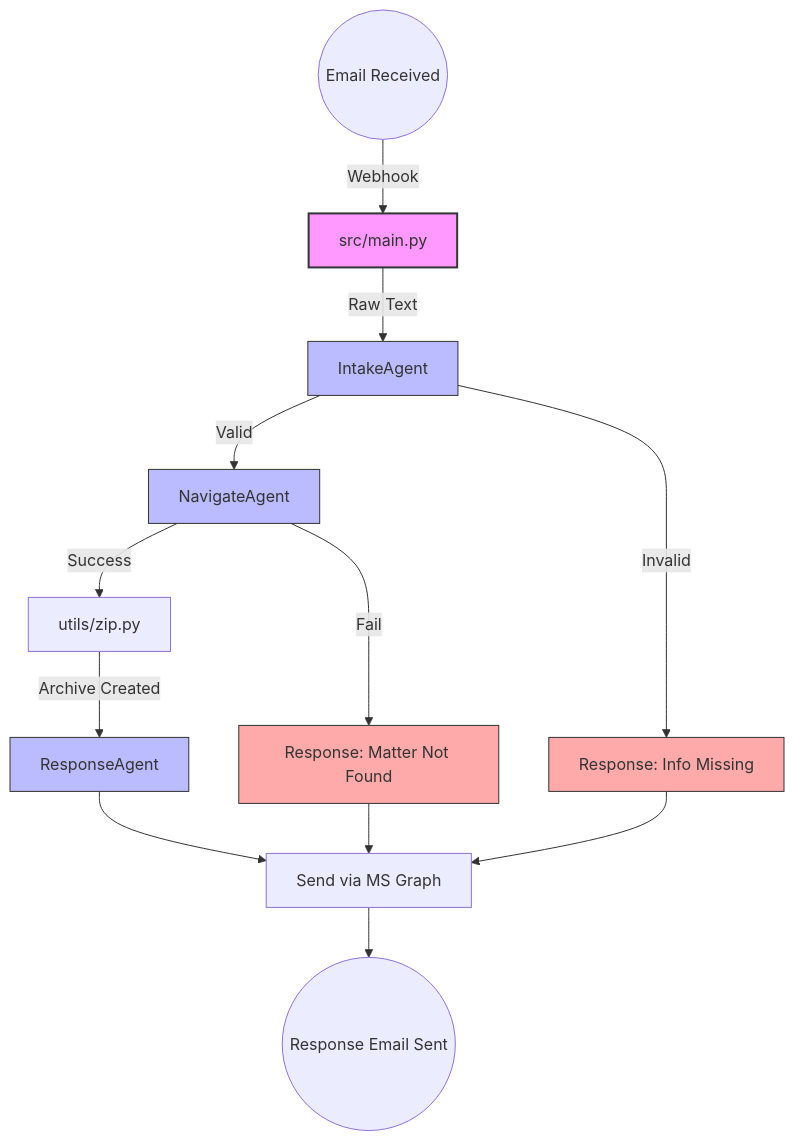
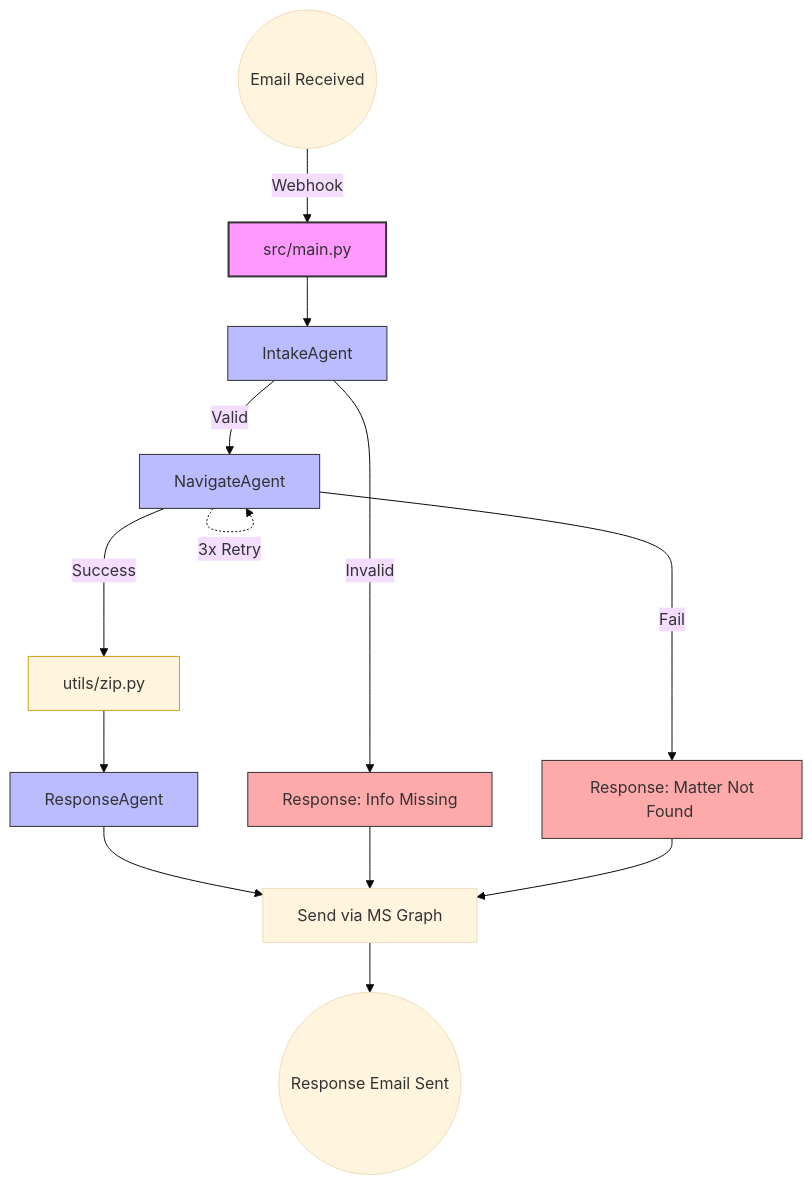
Before and after one commit to DanielW21/AgentMailbox: the diagram in README.md, drawn with Mermaid.

Commit message:
DAG_Cleanup

````diff
--- a/README.md
+++ b/README.md
@@ -19,36 +19,37 @@
 ```mermaid
+%%{init: {'theme': 'base', 'themeVariables': { 'nodePadding': '15', 'rankSpacing': '40', 'curve': 'linear' }}}%%
 graph TD
     %% Define Styles
     classDef mainNode fill:#f9f,stroke:#333,stroke-width:2px;
     classDef agentNode fill:#bbf,stroke:#333,stroke-width:1px;
     classDef errorNode fill:#faa,stroke:#333,stroke-width:1px;
+    classDef utility fill:#fff4dd,stroke:#d4a017,stroke-width:1px;
 
     %% Entry
-    Start((Email Received)) -->|Webhook| Main[src/main.py]
+    Start((&nbsp;Email Received&nbsp;)) -->|Webhook| Main["&nbsp;src/main.py&nbsp;"]
     class Main mainNode;
 
-    %% Intake Logic
-    Main -->|Raw Text| Intake[IntakeAgent]
-    class Intake agentNode;
-    Intake -->|Valid| Navigate[NavigateAgent]
-    Intake -->|Invalid| Err1[Response: Info Missing]
-    class Err1 errorNode;
+    %% Core Workflow (Straight Down)
+    Main --> Intake["&nbsp;IntakeAgent&nbsp;"]
+    Intake -->|Valid| Nav["&nbsp;NavigateAgent&nbsp;"]
+    Nav -->|Success| Zip["&nbsp;utils/zip.py&nbsp;"]
+    Zip --> Resp["&nbsp;ResponseAgent&nbsp;"]
+    Resp --> Final["&nbsp;Send via MS Graph&nbsp;"]
 
-    %% Navigation Logic
-    Navigate -->|Success| Zip[utils/zip.py]
-    class Navigate agentNode;
+    %% Internal Retry (Compact Loop)
+    Nav -.->|3x Retry| Nav
 
-    Navigate -->|Fail| Err2[Response: Matter Not Found]
-    class Err2 errorNode;
-
-    %% Finalization
-    Zip -->|Archive Created| Resp[ResponseAgent]
-
-    class Resp agentNode;
-    Resp --> Final[Send via MS Graph]
+    %% Error Handling (Side Branches)
+    Intake ---->|Invalid| Err1["&nbsp;Response: Info Missing&nbsp;"]
+    Nav ---->|Fail| Err2["&nbsp;Response: Matter Not Found&nbsp;"]
     
-    %% Error Routing
+    %% Align Errors to Final
     Err1 --> Final
     Err2 --> Final
-    Final --> End((Response Email Sent))
+    Final --> End((&nbsp;Response Email Sent&nbsp;))
+
+    %% Assignments
+    class Intake,Nav,Resp agentNode;
+    class Err1,Err2 errorNode;
+    class Zip utility;
 ```
````
